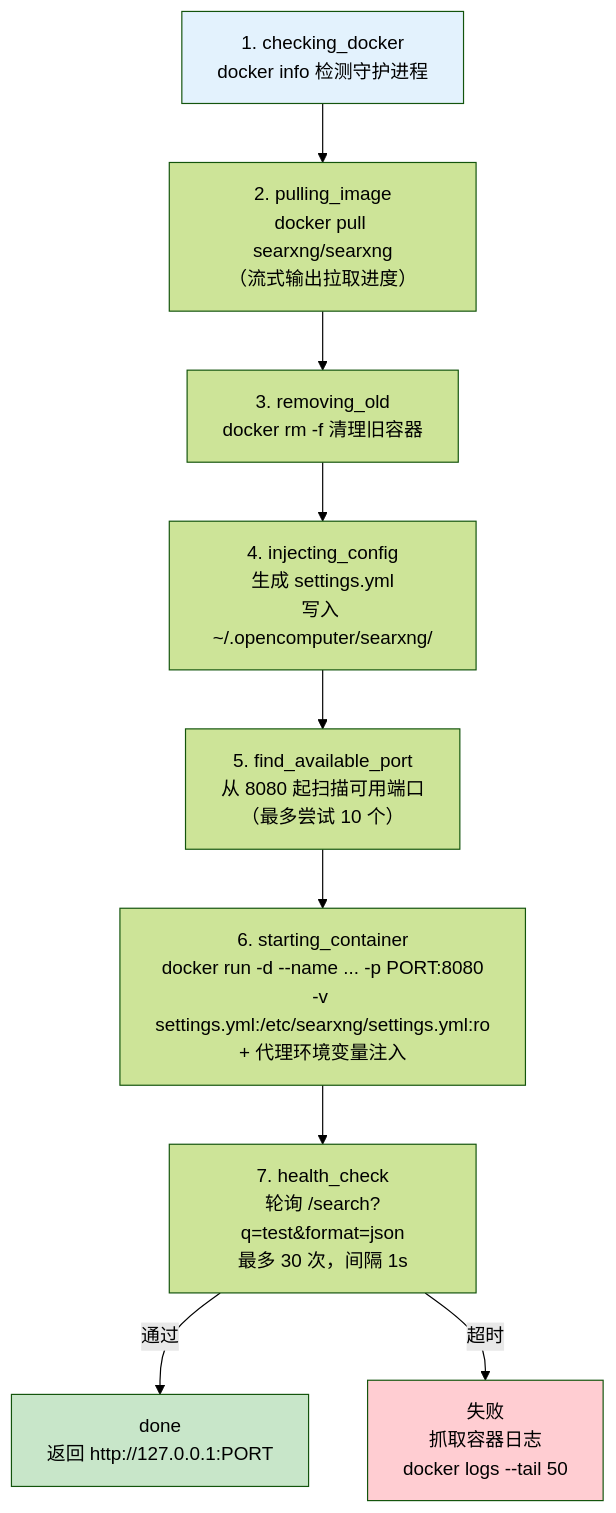
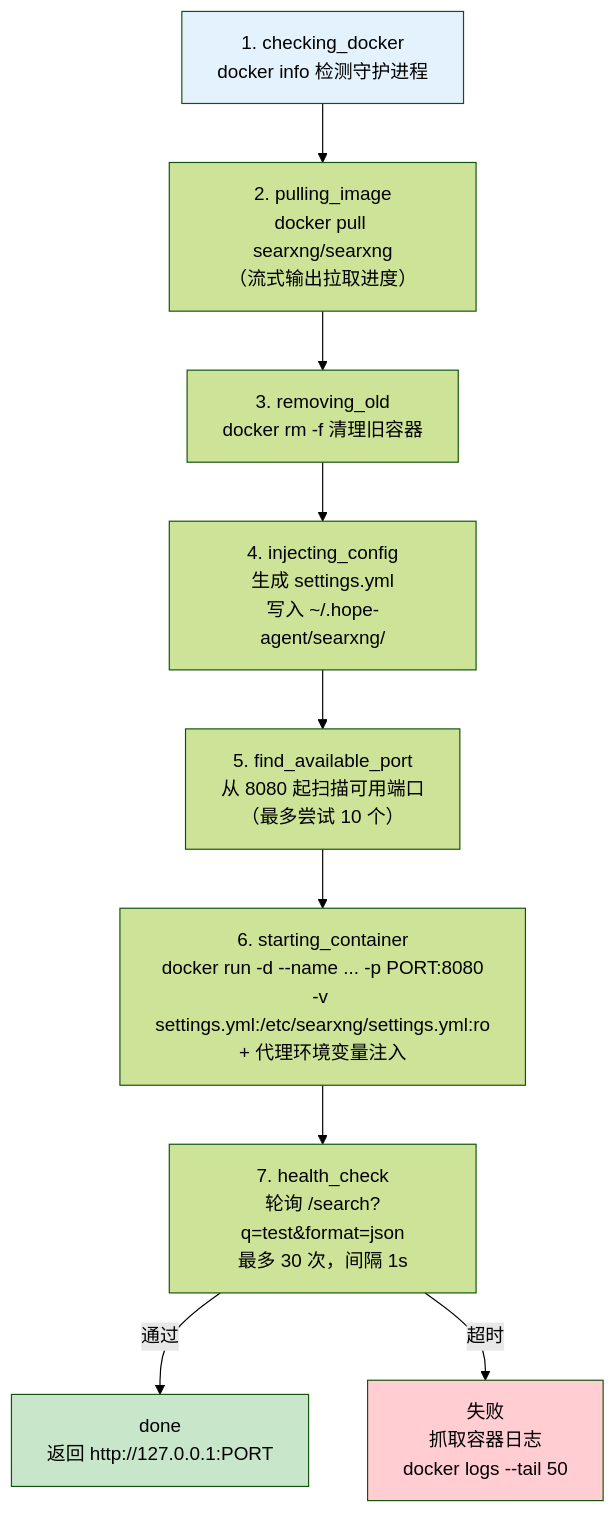
Before and after one commit to shiwenwen/hope-agent: the first of 2 diagrams in docs/architecture/sandbox.md, drawn with Mermaid (forest theme). The commit also changed other lines of this file and 727 other files, not shown here.

First line of the commit message:
chore(rename): OpenComputer → Hope Agent（随 0.1.0 首发一把切换）

````diff
--- a/docs/architecture/sandbox.md
+++ b/docs/architecture/sandbox.md
@@ -48,15 +48,15 @@
 ```mermaid
 flowchart TD
     A["1. checking_docker<br/>docker info 检测守护进程"] --> B["2. pulling_image<br/>docker pull searxng/searxng<br/>（流式输出拉取进度）"]
     B --> C["3. removing_old<br/>docker rm -f 清理旧容器"]
-    C --> D["4. injecting_config<br/>生成 settings.yml<br/>写入 ~/.opencomputer/searxng/"]
+    C --> D["4. injecting_config<br/>生成 settings.yml<br/>写入 ~/.hope-agent/searxng/"]
     D --> E["5. find_available_port<br/>从 8080 起扫描可用端口<br/>（最多尝试 10 个）"]
     E --> F["6. starting_container<br/>docker run -d --name ... -p PORT:8080<br/>-v settings.yml:/etc/searxng/settings.yml:ro<br/>+ 代理环境变量注入"]
     F --> G["7. health_check<br/>轮询 /search?q=test&format=json<br/>最多 30 次，间隔 1s"]
     G -->|通过| H["done<br/>返回 http://127.0.0.1:PORT"]
     G -->|超时| I["失败<br/>抓取容器日志<br/>docker logs --tail 50"]
 
     style A fill:#e3f2fd
     style H fill:#c8e6c9
     style I fill:#ffcdd2
 ```
````
